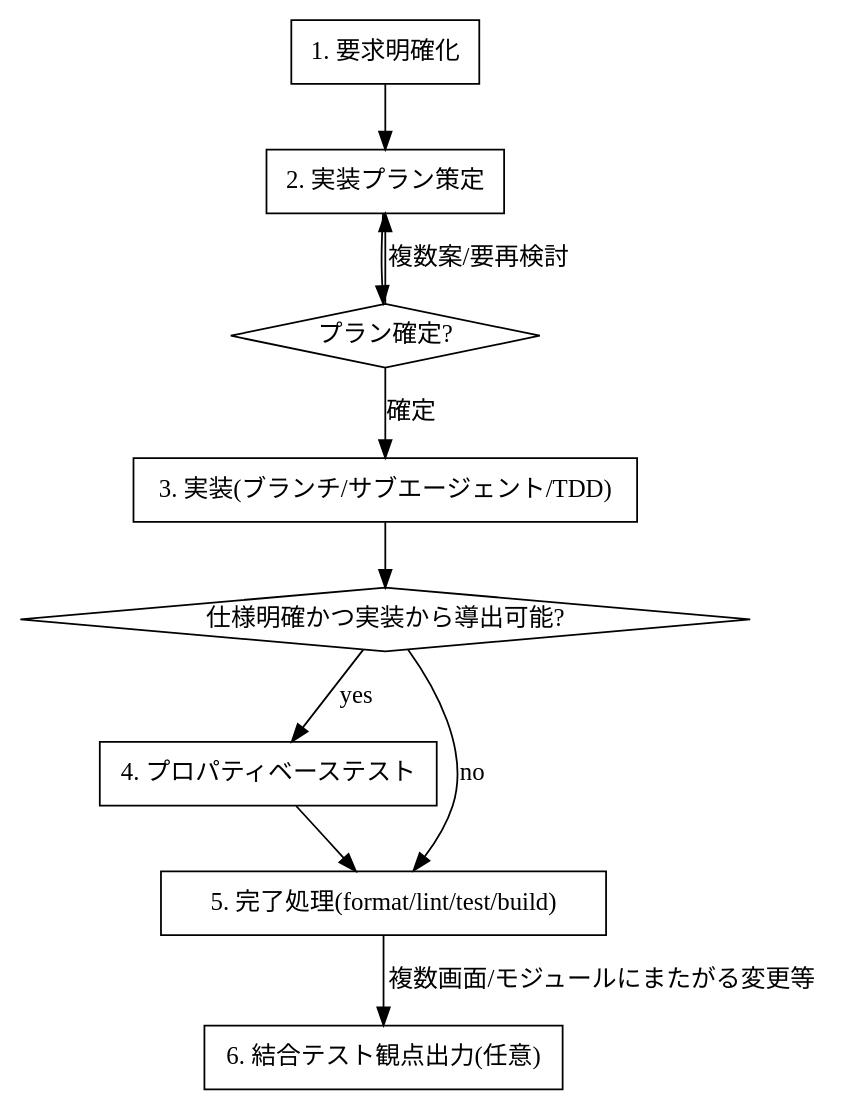
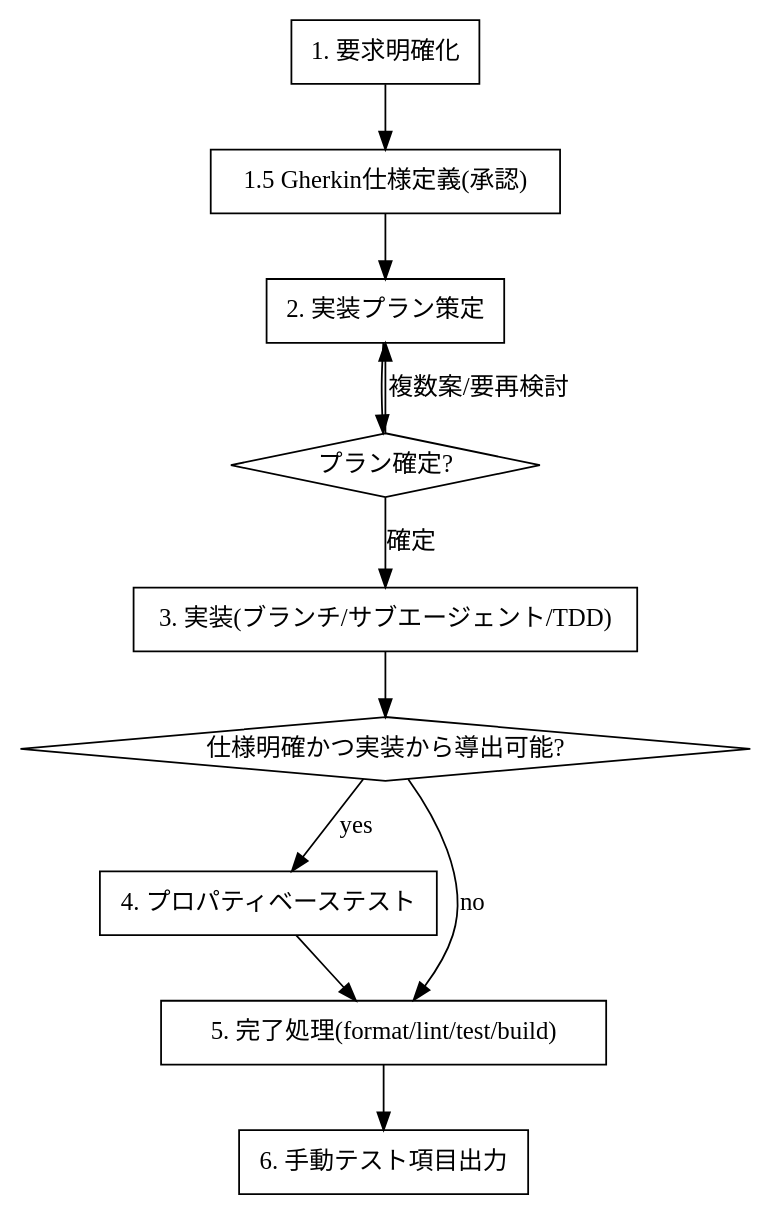
Before and after one commit to natsuyasai/multi-column-x: the diagram in .claude/skills/feature-development-flow/SKILL.md, drawn with Graphviz. The commit also changed other lines of this file and 10 other files, not shown here.

````diff
--- a/.claude/skills/feature-development-flow/SKILL.md
+++ b/.claude/skills/feature-development-flow/SKILL.md
@@ -15,23 +15,25 @@
 ```dot
 digraph flow {
   rankdir=TB;
   "1. 要求明確化" [shape=box];
+  "1.5 Gherkin仕様定義(承認)" [shape=box];
   "2. 実装プラン策定" [shape=box];
   "プラン確定?" [shape=diamond];
   "3. 実装(ブランチ/サブエージェント/TDD)" [shape=box];
   "仕様明確かつ実装から導出可能?" [shape=diamond];
   "4. プロパティベーステスト" [shape=box];
   "5. 完了処理(format/lint/test/build)" [shape=box];
-  "6. 結合テスト観点出力(任意)" [shape=box];
+  "6. 手動テスト項目出力" [shape=box];
 
-  "1. 要求明確化" -> "2. 実装プラン策定";
+  "1. 要求明確化" -> "1.5 Gherkin仕様定義(承認)";
+  "1.5 Gherkin仕様定義(承認)" -> "2. 実装プラン策定";
   "2. 実装プラン策定" -> "プラン確定?";
   "プラン確定?" -> "2. 実装プラン策定" [label="複数案/要再検討"];
   "プラン確定?" -> "3. 実装(ブランチ/サブエージェント/TDD)" [label="確定"];
   "3. 実装(ブランチ/サブエージェント/TDD)" -> "仕様明確かつ実装から導出可能?";
   "仕様明確かつ実装から導出可能?" -> "4. プロパティベーステスト" [label="yes"];
   "仕様明確かつ実装から導出可能?" -> "5. 完了処理(format/lint/test/build)" [label="no"];
   "4. プロパティベーステスト" -> "5. 完了処理(format/lint/test/build)";
-  "5. 完了処理(format/lint/test/build)" -> "6. 結合テスト観点出力(任意)" [label="複数画面/モジュールにまたがる変更等"];
+  "5. 完了処理(format/lint/test/build)" -> "6. 手動テスト項目出力";
 }
 ```
````
